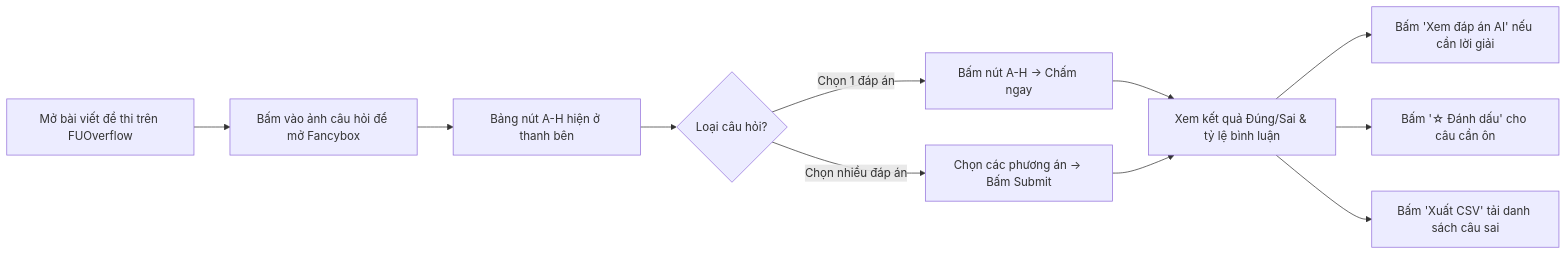
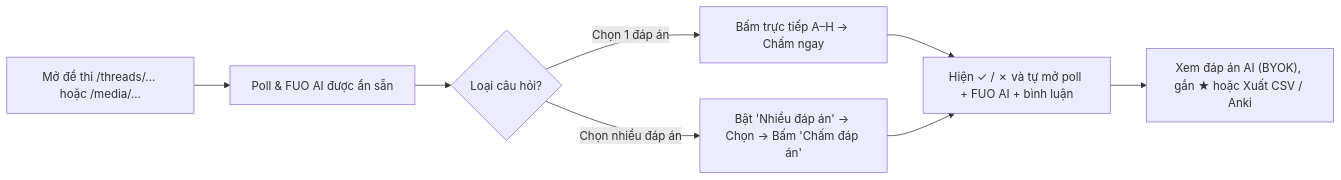
Before and after one commit to bGiaHuy/fuo-reui: the diagram in README.md, drawn with Mermaid. The commit also changed other lines of this file and 15 other files, not shown here.

````diff
--- a/README.md
+++ b/README.md
@@ -156,13 +149,10 @@
 ```mermaid
 flowchart LR
-    A["Mở bài viết đề thi trên FUOverflow"] --> B["Bấm vào ảnh câu hỏi để mở Fancybox"]
-    B --> C["Bảng nút A-H hiện ở thanh bên"]
-    C --> D{"Loại câu hỏi?"}
-    D -- "Chọn 1 đáp án" --> E["Bấm nút A-H → Chấm ngay"]
-    D -- "Chọn nhiều đáp án" --> F["Chọn các phương án → Bấm Submit"]
-    E --> G["Xem kết quả Đúng/Sai & tỷ lệ bình luận"]
-    F --> G
-    G --> H["Bấm 'Xem đáp án AI' nếu cần lời giải"]
-    G --> I["Bấm '☆ Đánh dấu' cho câu cần ôn"]
-    G --> J["Bấm 'Xuất CSV' tải danh sách câu sai"]
+    A["Mở đề thi /threads/... hoặc /media/..."] --> B["Poll & FUO AI được ẩn sẵn"]
+    B --> C{"Loại câu hỏi?"}
+    C -- "Chọn 1 đáp án" --> D["Bấm trực tiếp A–H → Chấm ngay"]
+    C -- "Chọn nhiều đáp án" --> E["Bật 'Nhiều đáp án' → Chọn → Bấm 'Chấm đáp án'"]
+    D --> F["Hiện ✓ / ✗ và tự mở poll + FUO AI + bình luận"]
+    E --> F
+    F --> G["Xem đáp án AI (BYOK), gắn ★ hoặc Xuất CSV / Anki"]
 ```
````
